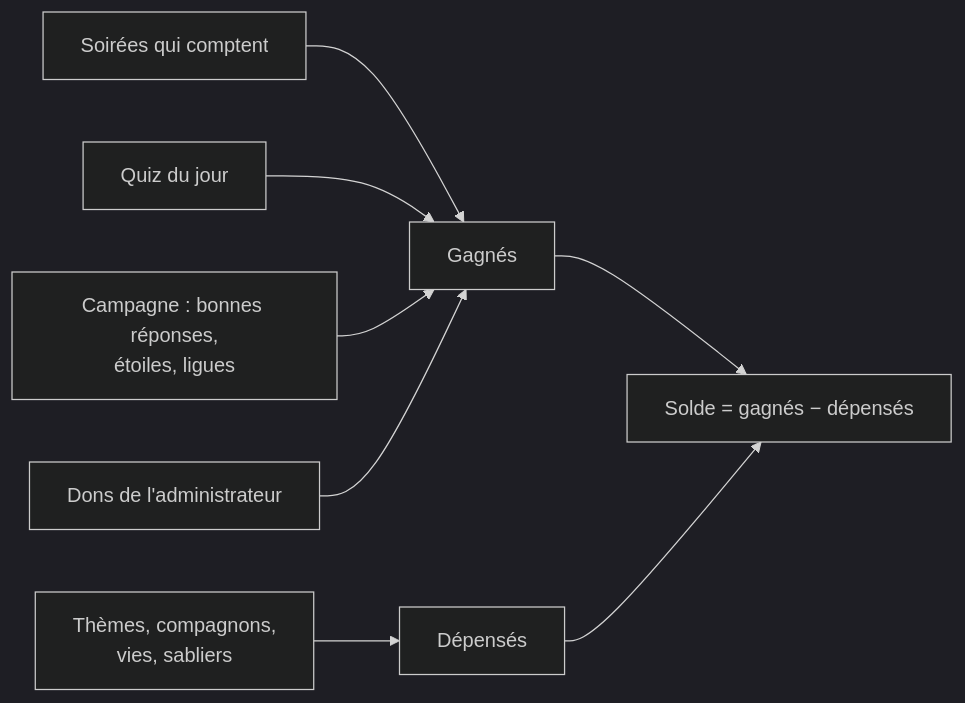
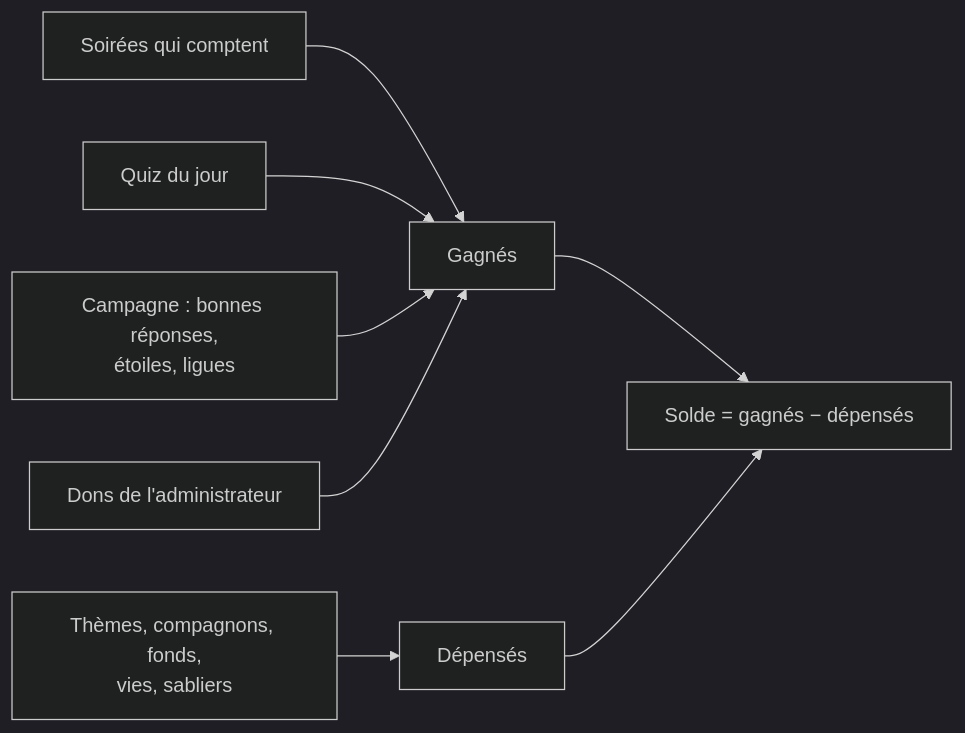
One commit to Maxilyas/FiestApp changed the diagram in docs/produit/la-boutique.md. Above: the diagram before and after it, drawn with Mermaid (dark theme). The commit also changed other lines of this file and 60 other files, not shown here.

````diff
--- a/docs/produit/la-boutique.md
+++ b/docs/produit/la-boutique.md
@@ -44,10 +45,10 @@
 ```mermaid
 flowchart LR
   S["Soirées qui comptent"] --> G["Gagnés"]
   J["Quiz du jour"] --> G
   C["Campagne : bonnes réponses,<br/>étoiles, ligues"] --> G
   D["Dons de l'administrateur"] --> G
-  A["Thèmes, compagnons,<br/>vies, sabliers"] --> P["Dépensés"]
+  A["Thèmes, compagnons, fonds,<br/>vies, sabliers"] --> P["Dépensés"]
   G --> R["Solde = gagnés − dépensés"]
   P --> R
 ```
````
